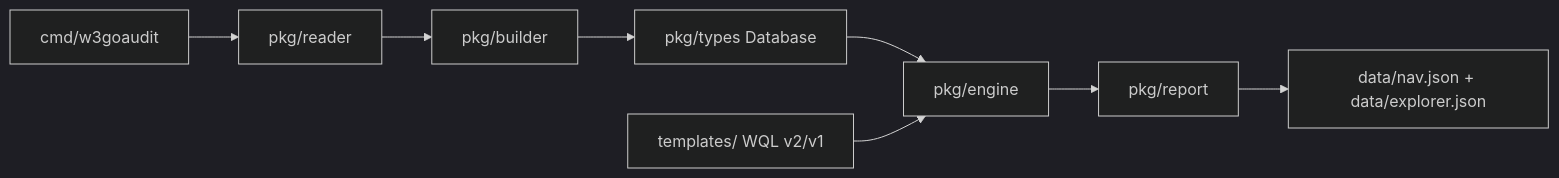
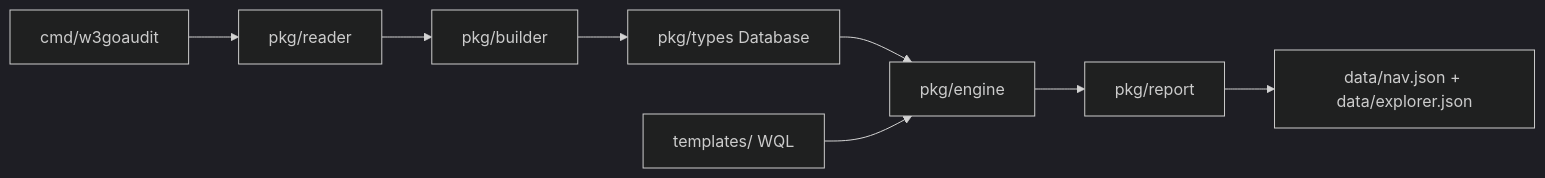
One commit to th13vn/w3goaudit changed the diagram in INDEX.md. Above: the diagram before and after it, drawn with Mermaid (dark theme). The commit also changed other lines of this file and 157 other files, not shown here.

````diff
--- a/INDEX.md
+++ b/INDEX.md
@@ -11,10 +11,10 @@
 ```mermaid
 graph LR
     CLI[cmd/w3goaudit] --> Reader[pkg/reader]
     Reader --> Builder[pkg/builder]
     Builder --> Types[pkg/types Database]
     Types --> Engine[pkg/engine]
-    Templates[templates/ WQL v2/v1] --> Engine
+    Templates[templates/ WQL] --> Engine
     Engine --> Report[pkg/report]
     Report --> Nav[data/nav.json + data/explorer.json]
 ```
````
